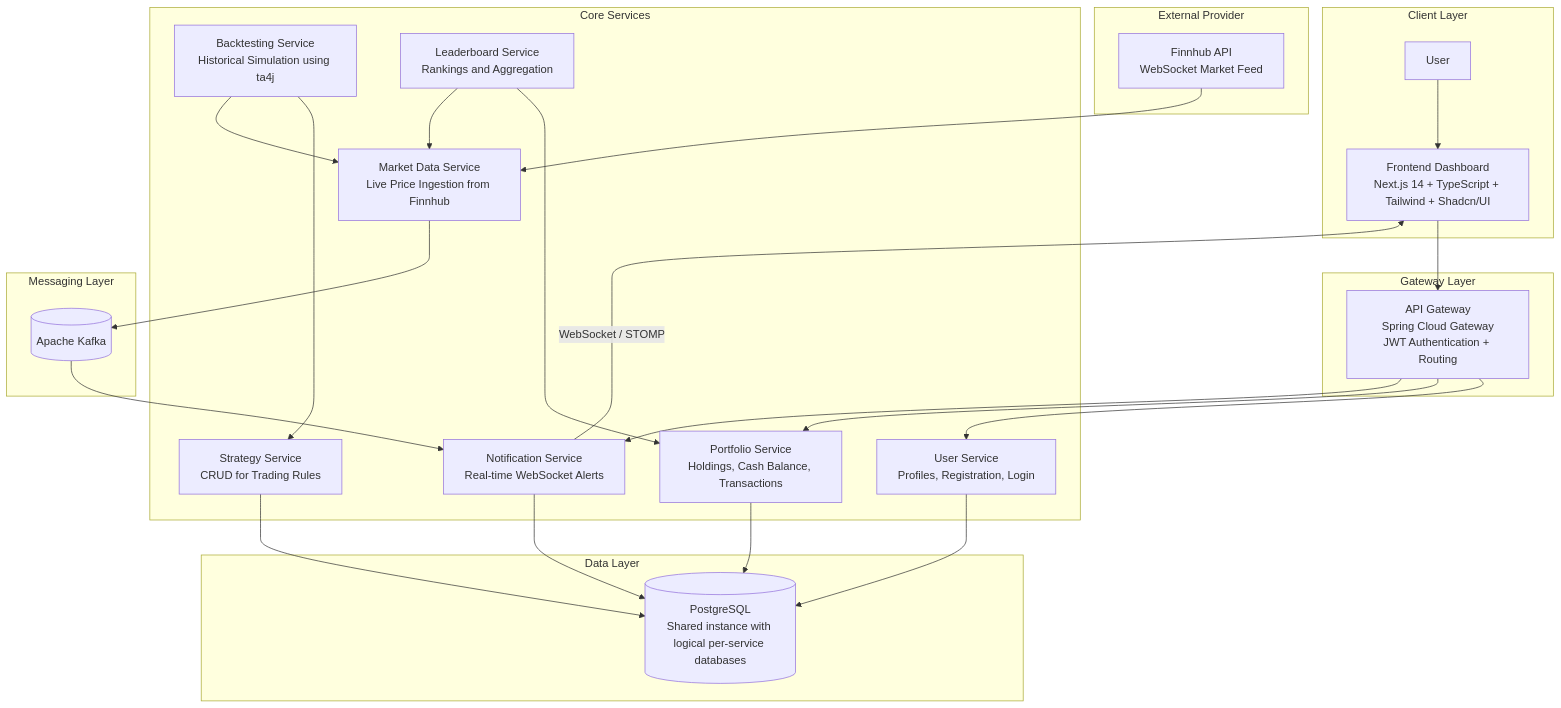
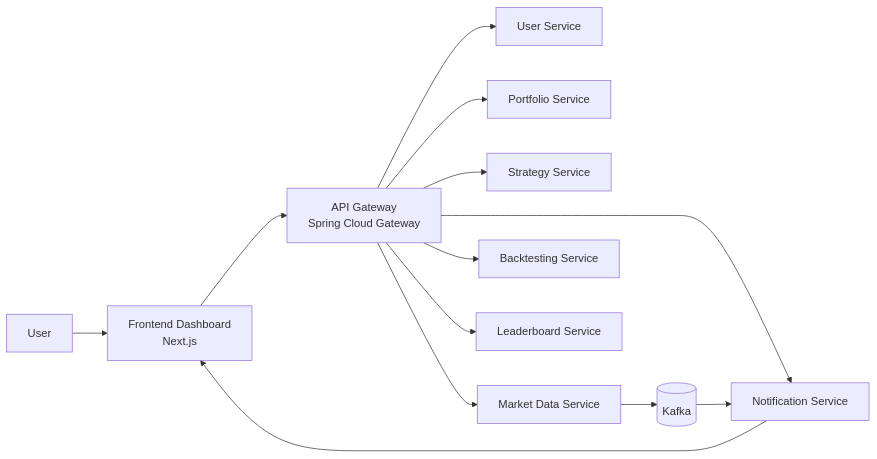
One commit to UtkarshAlshi/tradewise-monorepo changed the diagram in README.md. Above: the diagram before and after it, drawn with Mermaid. The commit also changed other lines of this file, not shown here.

````diff
--- a/README.md
+++ b/README.md
@@ -18,57 +41,32 @@
 ```mermaid
-flowchart TB
-    subgraph Client_Layer["Client Layer"]
-        U[User]
-        FE[Frontend Dashboard<br/>Next.js 14 + TypeScript + Tailwind + Shadcn/UI]
-    end
+flowchart LR
+    U[User]
+    FE[Frontend Dashboard<br/>Next.js]
 
-    subgraph Gateway_Layer["Gateway Layer"]
-        GW[API Gateway<br/>Spring Cloud Gateway<br/>JWT Authentication + Routing]
-    end
+    GW[API Gateway<br/>Spring Cloud Gateway]
 
-    subgraph Core_Services["Core Services"]
-        US[User Service<br/>Profiles, Registration, Login]
-        PS[Portfolio Service<br/>Holdings, Cash Balance, Transactions]
-        SS[Strategy Service<br/>CRUD for Trading Rules]
-        MD[Market Data Service<br/>Live Price Ingestion from Finnhub]
-        BS[Backtesting Service<br/>Historical Simulation using ta4j]
-        NS[Notification Service<br/>Real-time WebSocket Alerts]
-        LS[Leaderboard Service<br/>Rankings and Aggregation]
-    end
+    US[User Service]
+    PS[Portfolio Service]
+    SS[Strategy Service]
+    MDS[Market Data Service]
+    BTS[Backtesting Service]
+    NS[Notification Service]
+    LS[Leaderboard Service]
 
-    subgraph Messaging_Layer["Messaging Layer"]
-        K[(Apache Kafka)]
-    end
+    K[(Kafka)]
 
-    subgraph Data_Layer["Data Layer"]
-        PG[(PostgreSQL<br/>Shared instance with logical per-service databases)]
-    end
-
-    subgraph External_Provider["External Provider"]
-        FH[Finnhub API<br/>WebSocket Market Feed]
-    end
-
-    U --> FE
-    FE --> GW
+    U --> FE --> GW
 
     GW --> US
     GW --> PS
+    GW --> SS
+    GW --> MDS
+    GW --> BTS
     GW --> NS
+    GW --> LS
 
-    FH --> MD
-    MD --> K
+    MDS --> K
     K --> NS
 
-    BS --> SS
-    BS --> MD
-
-    LS --> PS
-    LS --> MD
-
-    NS -->|WebSocket / STOMP| FE
-
-    US --> PG
-    PS --> PG
-    SS --> PG
-    NS --> PG
+    NS --> FE
 ```
````
